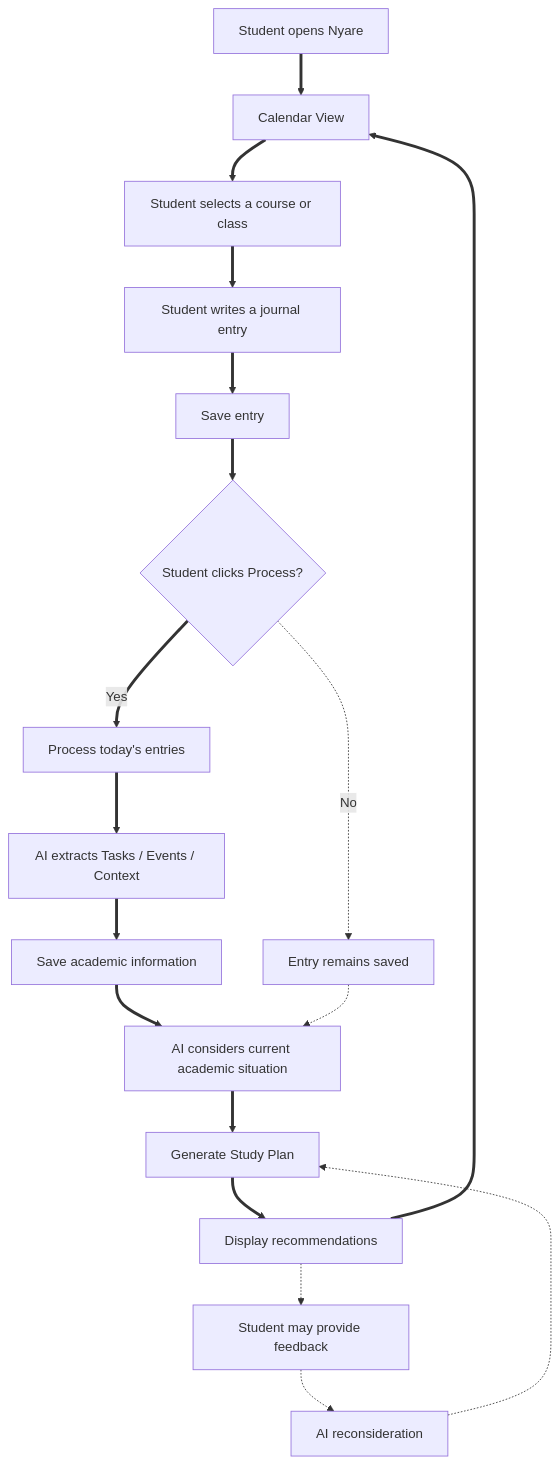
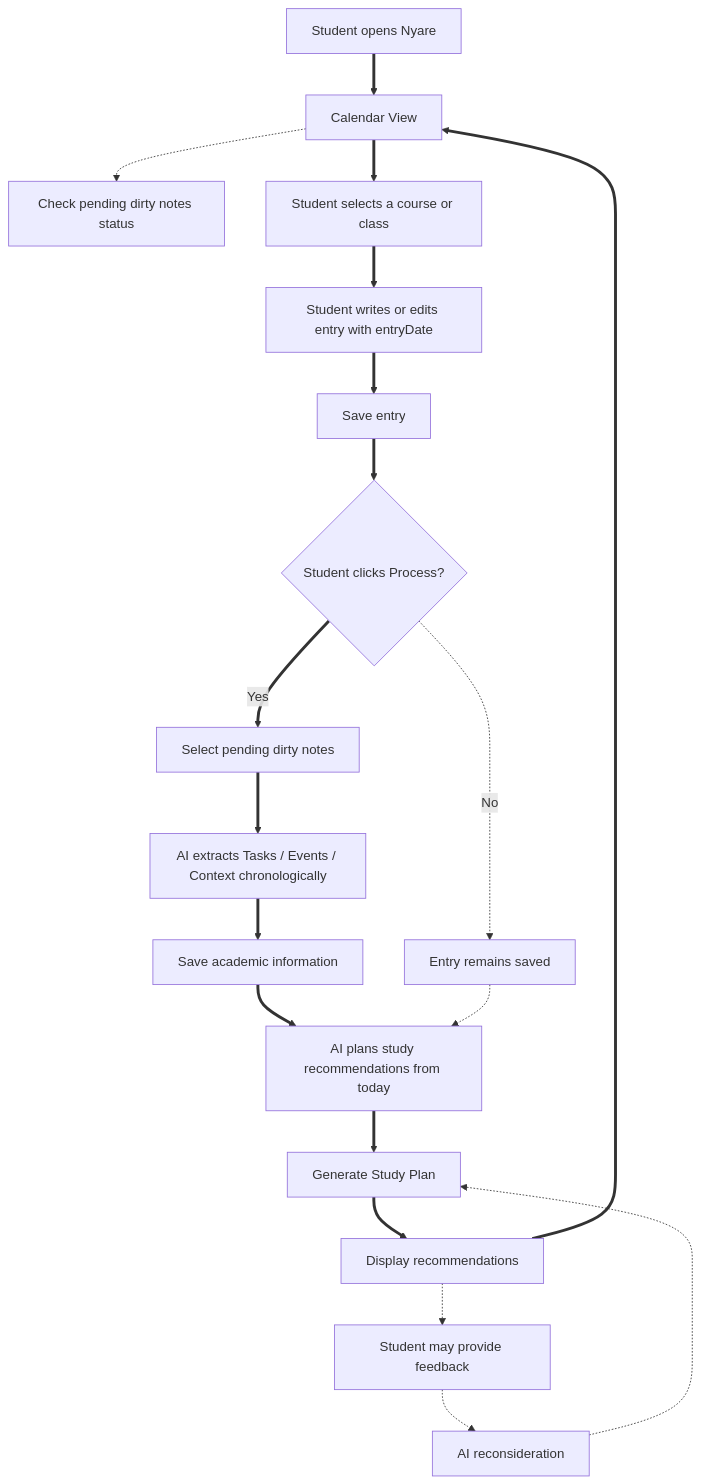
Before and after one commit to Peezzied/nyare: the ninth of 9 diagrams in docs/system-workflows.md, drawn with Mermaid. The commit also changed other lines of this file and 5 other files, not shown here.

````diff
--- a/docs/system-workflows.md
+++ b/docs/system-workflows.md
@@ -303,37 +309,39 @@
 ```mermaid
 flowchart TD
     Start[Student opens Nyare]
     Calendar[Calendar View]
+    StatusCheck[Check pending dirty notes status]
     Class[Student selects a course or class]
-    Journal[Student writes a journal entry]
+    Journal[Student writes or edits entry with entryDate]
     Save[Save entry]
     Process{Student clicks Process?}
     Stored[Entry remains saved]
-    Scope[Process today's entries]
-    Extract["AI extracts Tasks / Events / Context"]
+    Scope[Select pending dirty notes]
+    Extract["AI extracts Tasks / Events / Context chronologically"]
     AcademicInfo[Save academic information]
-    Planner[AI considers current academic situation]
+    Planner[AI plans study recommendations from today]
     StudyPlan[Generate Study Plan]
     Display[Display recommendations]
     Feedback[Student may provide feedback]
     Reconsider[AI reconsideration]
 
     Start ==> Calendar
+    Calendar -.-> StatusCheck
     Calendar ==> Class
     Class ==> Journal
     Journal ==> Save
     Save ==> Process
     Process ==>|Yes| Scope
     Scope ==> Extract
     Extract ==> AcademicInfo
     AcademicInfo ==> Planner
     Planner ==> StudyPlan
     StudyPlan ==> Display
     Display ==> Calendar
 
     Process -.->|No| Stored
     Stored -.-> Planner
     Display -.-> Feedback
     Feedback -.-> Reconsider
     Reconsider -.-> StudyPlan
 ```
````
